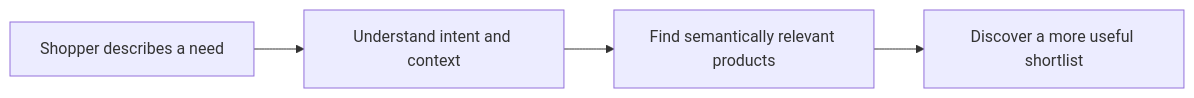
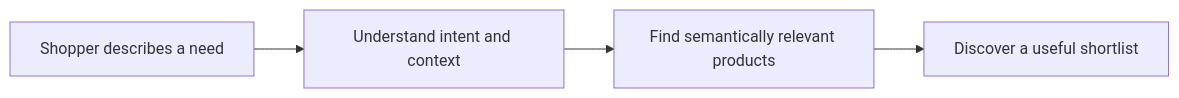
The diagram in README.md (nexoraiq-tech/nexoraiq-tech), drawn with Mermaid before and after one commit. The commit also changed other lines of this file, not shown here.

````diff
--- a/README.md
+++ b/README.md
@@ -58,6 +58,6 @@
 ```mermaid
 flowchart LR
     A["Shopper describes a need"] --> B["Understand intent and context"]
     B --> C["Find semantically relevant products"]
-    C --> D["Discover a more useful shortlist"]
+    C --> D["Discover a useful shortlist"]
 ```
````
